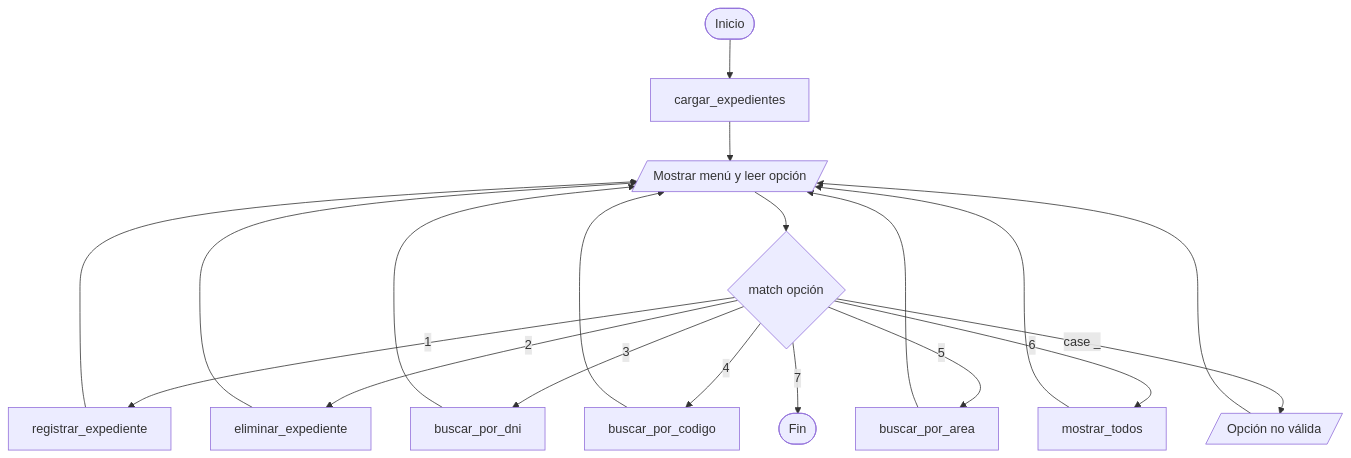
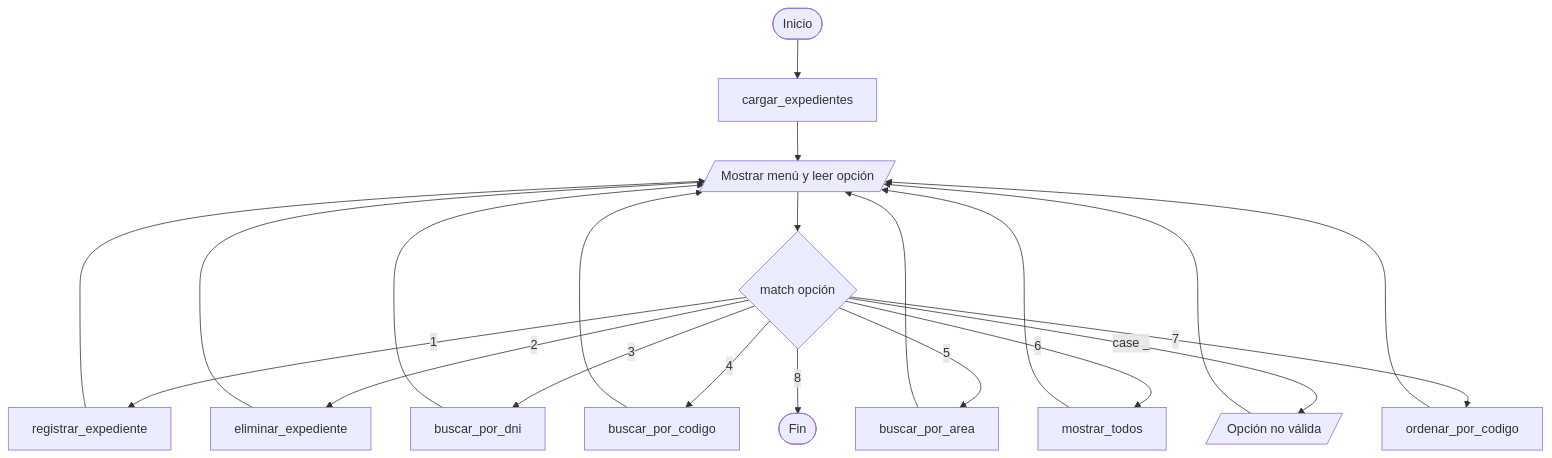
The diagram in README.md (amiir3k/mesa-partes-digital), drawn with Mermaid before and after one commit. The commit also changed other lines of this file and 6 other files, not shown here.

First line of the commit message:
Actualizar README y diagramas con la opción de ordenar y la corrección de mayúsculas

````diff
--- a/README.md
+++ b/README.md
@@ -134,15 +135,16 @@
 ```mermaid
 flowchart TD
     A([Inicio]) --> B[cargar_expedientes]
     B --> C[/Mostrar menú y leer opción/]
     C --> D{match opción}
     D -- 1 --> E[registrar_expediente]
     D -- 2 --> F[eliminar_expediente]
     D -- 3 --> G[buscar_por_dni]
     D -- 4 --> H[buscar_por_codigo]
     D -- 5 --> I[buscar_por_area]
     D -- 6 --> J[mostrar_todos]
     D -- case _ --> L[/Opción no válida/]
-    D -- 7 --> Z([Fin])
-    E & F & G & H & I & J & L --> C
+    D -- 7 --> K[ordenar_por_codigo]
+    D -- 8 --> Z([Fin])
+    E & F & G & H & I & J & K & L --> C
 ```
````
